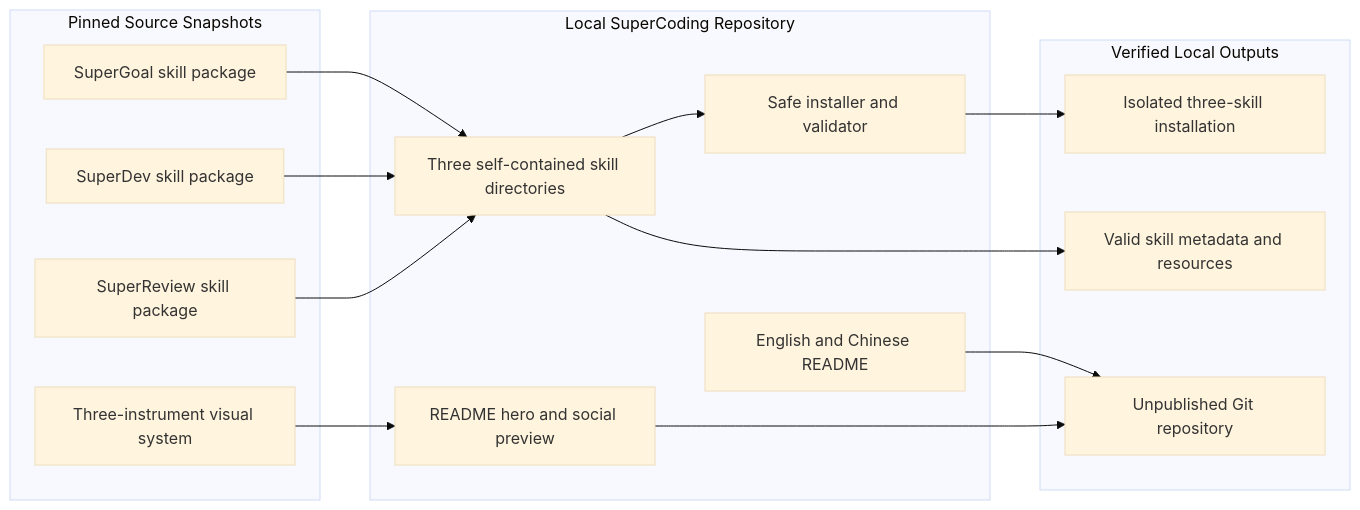
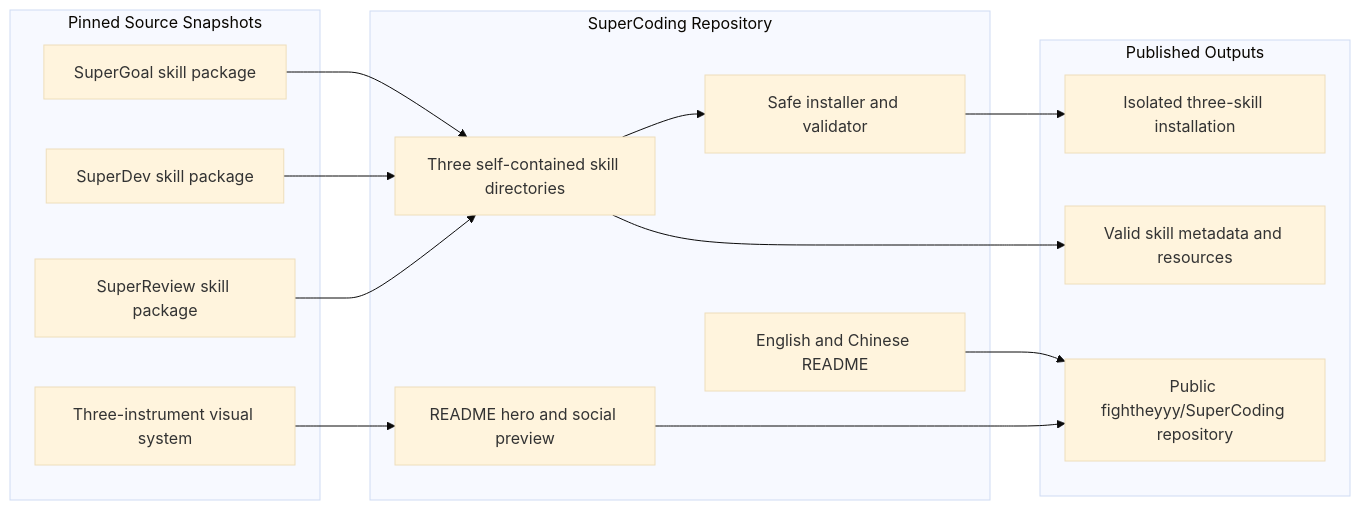
The first of 2 diagrams in SPEC.md (fightheyyy/SuperCoding), drawn with Mermaid (base theme) before and after one commit. The commit also changed 1 other file, not shown here.

Commit message:
Record publication verification

````diff
--- a/SPEC.md
+++ b/SPEC.md
@@ -21,32 +21,32 @@
 ```mermaid
 flowchart LR
     subgraph Inputs["Pinned Source Snapshots"]
         A["SuperGoal skill package"]
         B["SuperDev skill package"]
         C["SuperReview skill package"]
         D["Three-instrument visual system"]
     end
 
-    subgraph Repository["Local SuperCoding Repository"]
+    subgraph Repository["SuperCoding Repository"]
         E["Three self-contained skill directories"]
         F["Safe installer and validator"]
         G["English and Chinese README"]
         H["README hero and social preview"]
     end
 
-    subgraph Outputs["Verified Local Outputs"]
+    subgraph Outputs["Published Outputs"]
         I["Isolated three-skill installation"]
         J["Valid skill metadata and resources"]
-        K["Unpublished Git repository"]
+        K["Public fightheyyy/SuperCoding repository"]
     end
 
     A --> E
     B --> E
     C --> E
     D --> H
     E --> F
     E --> J
     F --> I
     G --> K
     H --> K
 ```
````
